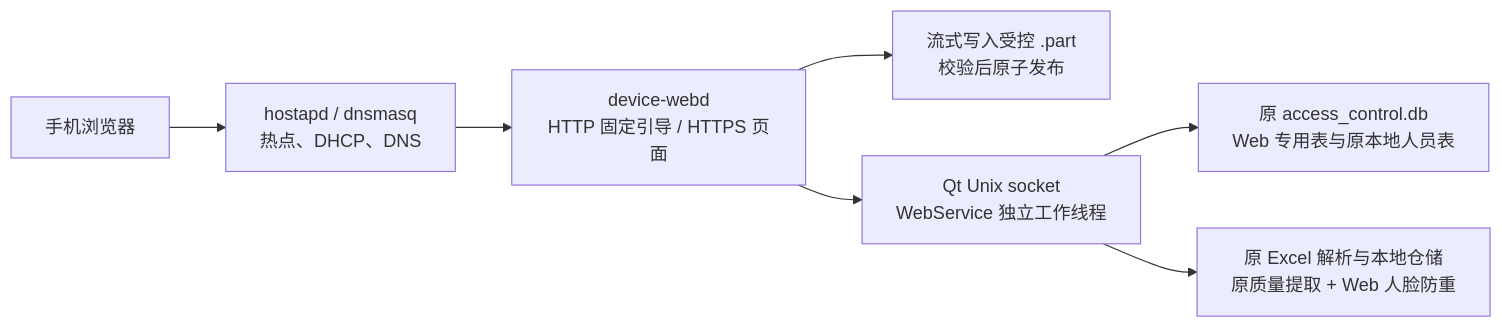
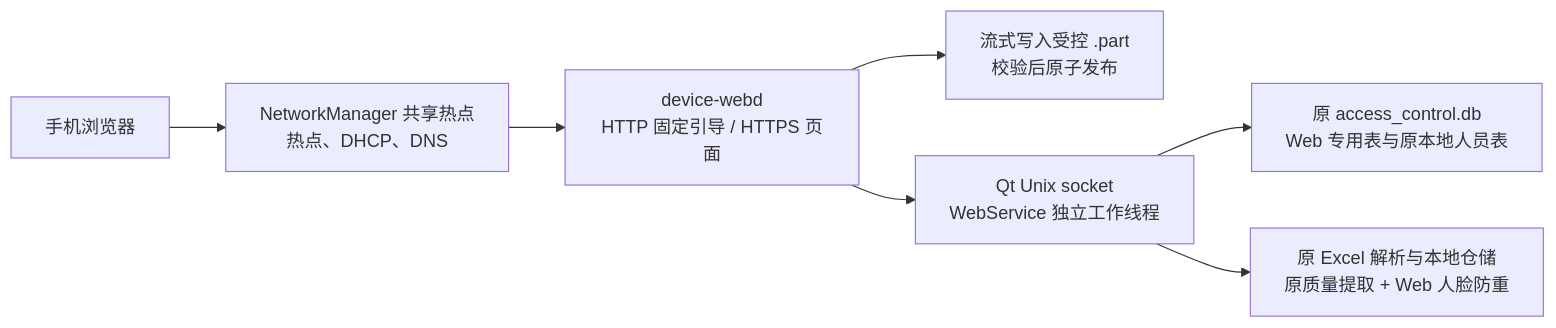
Before and after one commit to wf1428/face_media: the diagram in MergedQtApp/web/README.md, drawn with Mermaid. The commit also changed other lines of this file and 202 other files, not shown here.

````diff
--- a/MergedQtApp/web/README.md
+++ b/MergedQtApp/web/README.md
@@ -11,9 +11,9 @@
 ```mermaid
 flowchart LR
-    Phone[手机浏览器] --> AP[hostapd / dnsmasq\n热点、DHCP、DNS]
+    Phone[手机浏览器] --> AP[NetworkManager 共享热点\n热点、DHCP、DNS]
     AP --> HTTP[device-webd\nHTTP 固定引导 / HTTPS 页面]
     HTTP --> Files[流式写入受控 .part\n校验后原子发布]
     HTTP --> IPC[Qt Unix socket\nWebService 独立工作线程]
     IPC --> DB[原 access_control.db\nWeb 专用表与原本地人员表]
     IPC --> Import[原 Excel 解析与本地仓储\n原质量提取 + Web 人脸防重]
 ```
````
